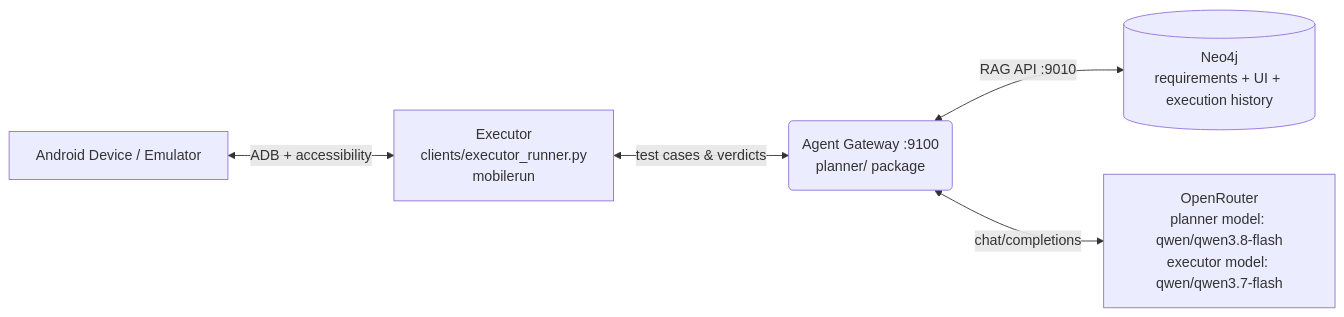
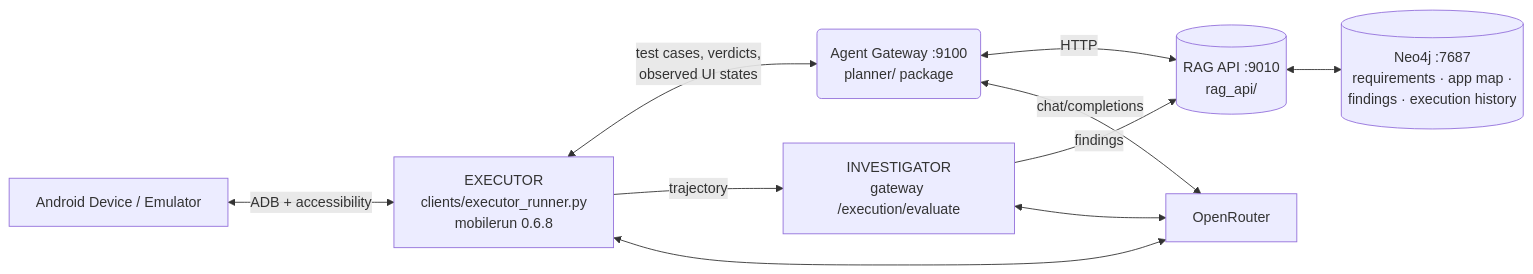
The first of 2 diagrams in docs/System_Architecture.md (raihanrsdV1/Exploratory-Testing-Planner-Agent), drawn with Mermaid before and after one commit. The commit also changed other lines of this file and 19 other files, not shown here.

````diff
--- a/docs/System_Architecture.md
+++ b/docs/System_Architecture.md
@@ -14,7 +14,12 @@
 ```mermaid
 flowchart LR
-    D[Android Device / Emulator] <-->|ADB + accessibility| X[Executor\nclients/executor_runner.py\nmobilerun]
-    X <-->|test cases & verdicts| G(Agent Gateway :9100\nplanner/ package)
-    G <-->|RAG API :9010| N[(Neo4j\nrequirements + UI + execution history)]
-    G <-->|chat/completions| M[OpenRouter\nplanner model: qwen/qwen3.8-flash\nexecutor model: qwen/qwen3.7-flash]
+    D[Android Device / Emulator] <-->|"ADB + accessibility"| X["EXECUTOR<br/>clients/executor_runner.py<br/>mobilerun 0.6.8"]
+    X <-->|"test cases, verdicts,<br/>observed UI states"| G("Agent Gateway :9100<br/>planner/ package")
+    X -->|"trajectory"| I["INVESTIGATOR<br/>gateway /execution/evaluate"]
+    I -->|"findings"| R
+    G <-->|HTTP| R[("RAG API :9010<br/>rag_api/")]
+    R <--> N[("Neo4j :7687<br/>requirements · app map ·<br/>findings · execution history")]
+    G <-->|chat/completions| M["OpenRouter"]
+    I <--> M
+    X <--> M
 ```
````
